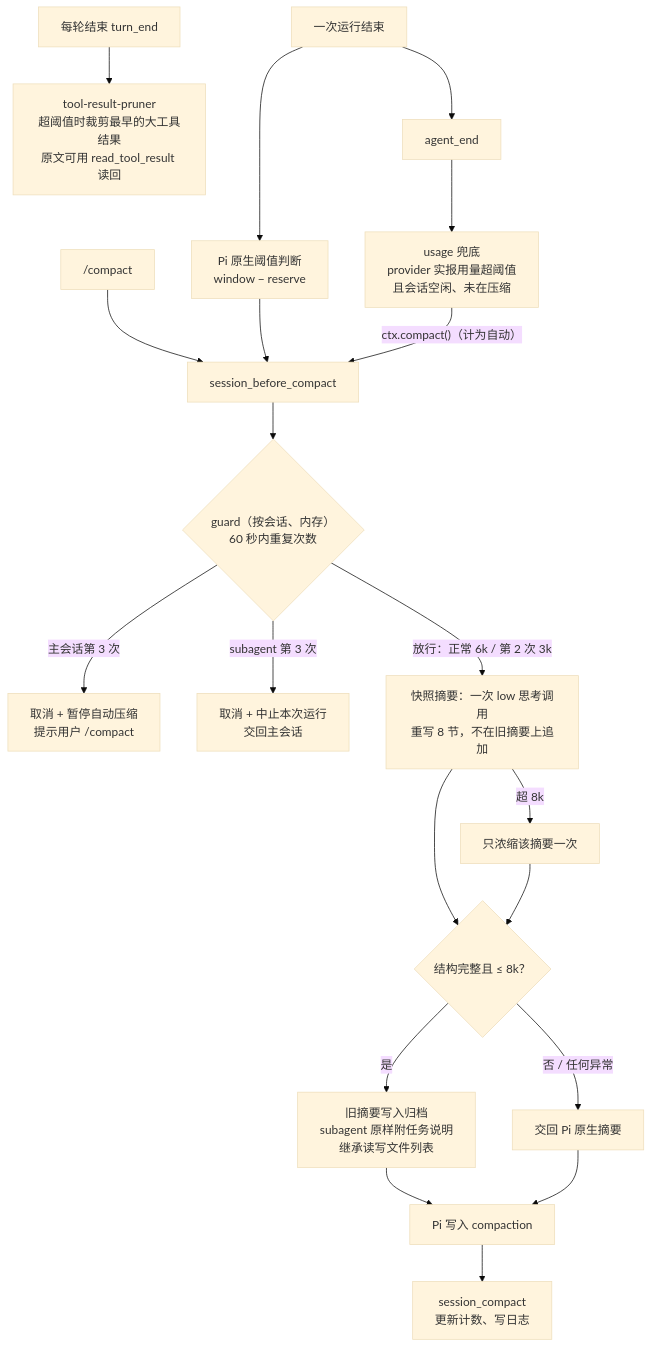
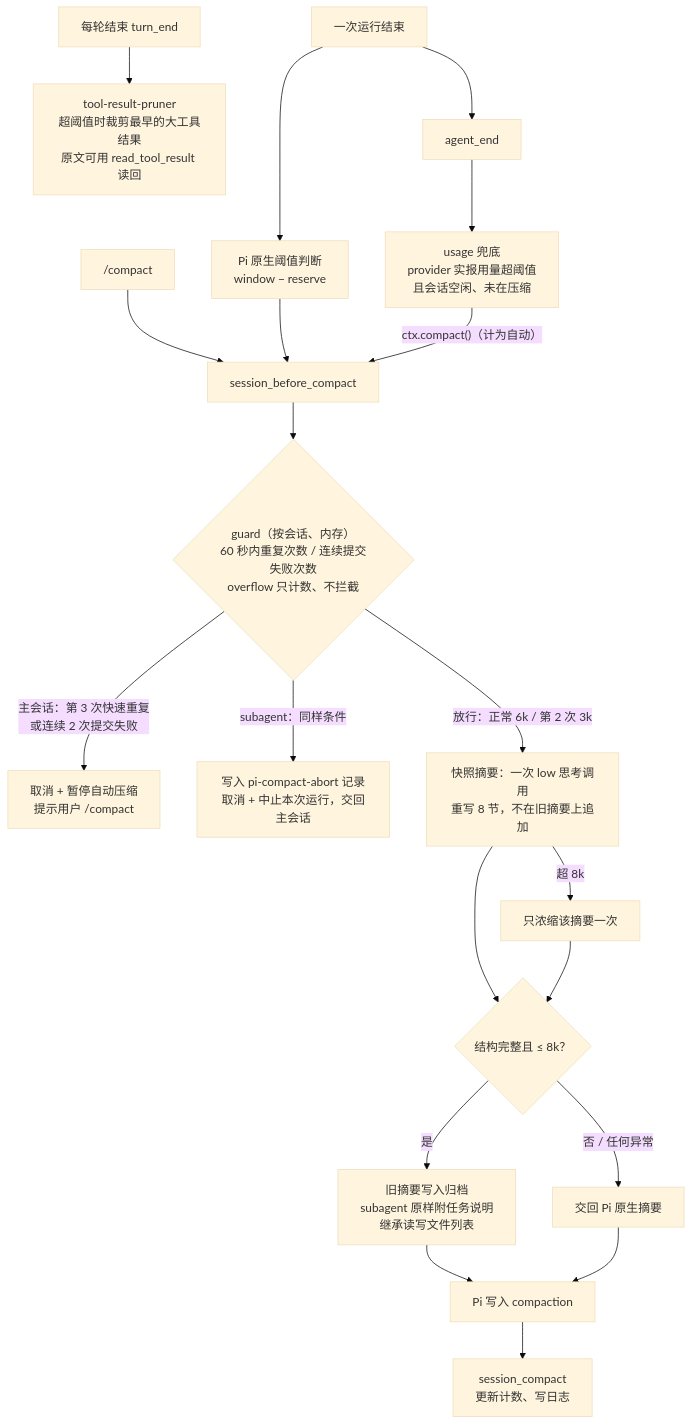
The diagram in README.md (Cheng-Zi-Qing/newCompact-pi), drawn with Mermaid (base theme) before and after one commit. The commit also changed other lines of this file and 7 other files, not shown here.

````diff
--- a/README.md
+++ b/README.md
@@ -9,21 +9,21 @@
 ```mermaid
 flowchart TD
     Turn["每轮结束 turn_end"] --> Pruner["tool-result-pruner<br/>超阈值时裁剪最早的大工具结果<br/>原文可用 read_tool_result 读回"]
     Run["一次运行结束"] --> Native["Pi 原生阈值判断<br/>window − reserve"]
     Run --> End["agent_end"] --> Usage["usage 兜底<br/>provider 实报用量超阈值<br/>且会话空闲、未在压缩"]
     Manual["/compact"] --> Before
     Native --> Before["session_before_compact"]
     Usage -->|"ctx.compact()（计为自动）"| Before
-    Before --> Guard{"guard（按会话、内存）<br/>60 秒内重复次数"}
-    Guard -->|"主会话第 3 次"| Pause["取消 + 暂停自动压缩<br/>提示用户 /compact"]
-    Guard -->|"subagent 第 3 次"| Abort["取消 + 中止本次运行<br/>交回主会话"]
+    Before --> Guard{"guard（按会话、内存）<br/>60 秒内重复次数 / 连续提交失败次数<br/>overflow 只计数、不拦截"}
+    Guard -->|"主会话：第 3 次快速重复<br/>或连续 2 次提交失败"| Pause["取消 + 暂停自动压缩<br/>提示用户 /compact"]
+    Guard -->|"subagent：同样条件"| Abort["写入 pi-compact-abort 记录<br/>取消 + 中止本次运行，交回主会话"]
     Guard -->|"放行：正常 6k / 第 2 次 3k"| Sum["快照摘要：一次 low 思考调用<br/>重写 8 节，不在旧摘要上追加"]
     Sum -->|"超 8k"| Condense["只浓缩该摘要一次"]
     Sum --> Check{"结构完整且 ≤ 8k？"}
     Condense --> Check
     Check -->|是| Archive["旧摘要写入归档<br/>subagent 原样附任务说明<br/>继承读写文件列表"]
     Check -->|否 / 任何异常| Fallback["交回 Pi 原生摘要"]
     Archive --> Commit["Pi 写入 compaction"]
     Fallback --> Commit
     Commit --> Done["session_compact<br/>更新计数、写日志"]
 ```
````
